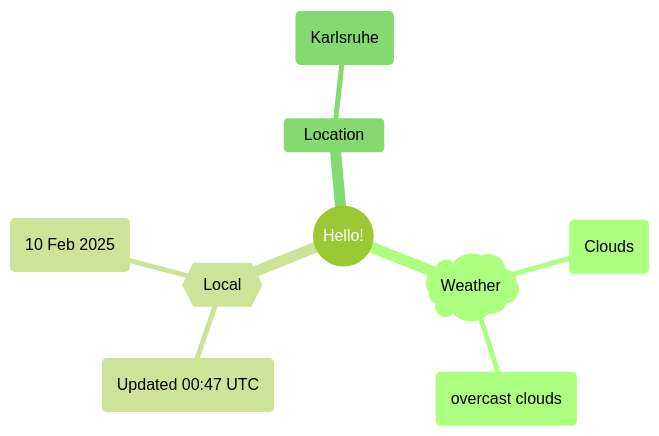
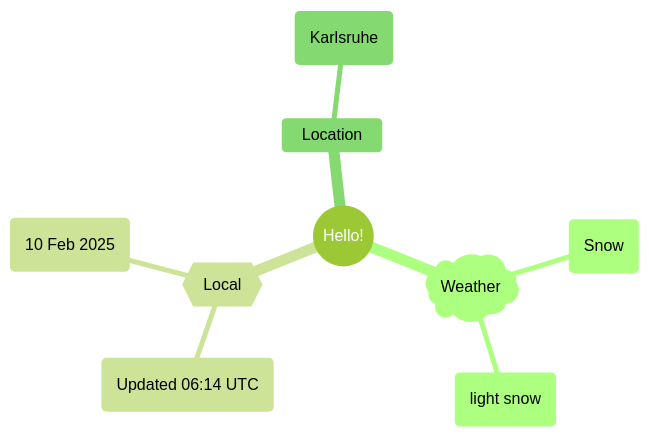
One commit to Xosrov/Xosrov changed the first of 2 diagrams in README.md. Above: the diagram before and after it, drawn with Mermaid (forest theme).

Commit message:
[bot] updated images

````diff
--- a/README.md
+++ b/README.md
@@ -3,12 +3,12 @@
 ```mermaid
 mindmap
   root((Hello!))
     )Weather(
-        (Clouds)
-        (overcast clouds)
+        (Snow)
+        (light snow)
     {{Local}}
-        (Updated 00:47 UTC)
+        (Updated 06:14 UTC)
         (10 Feb 2025)
     Location
         (Karlsruhe)
 ```
````
